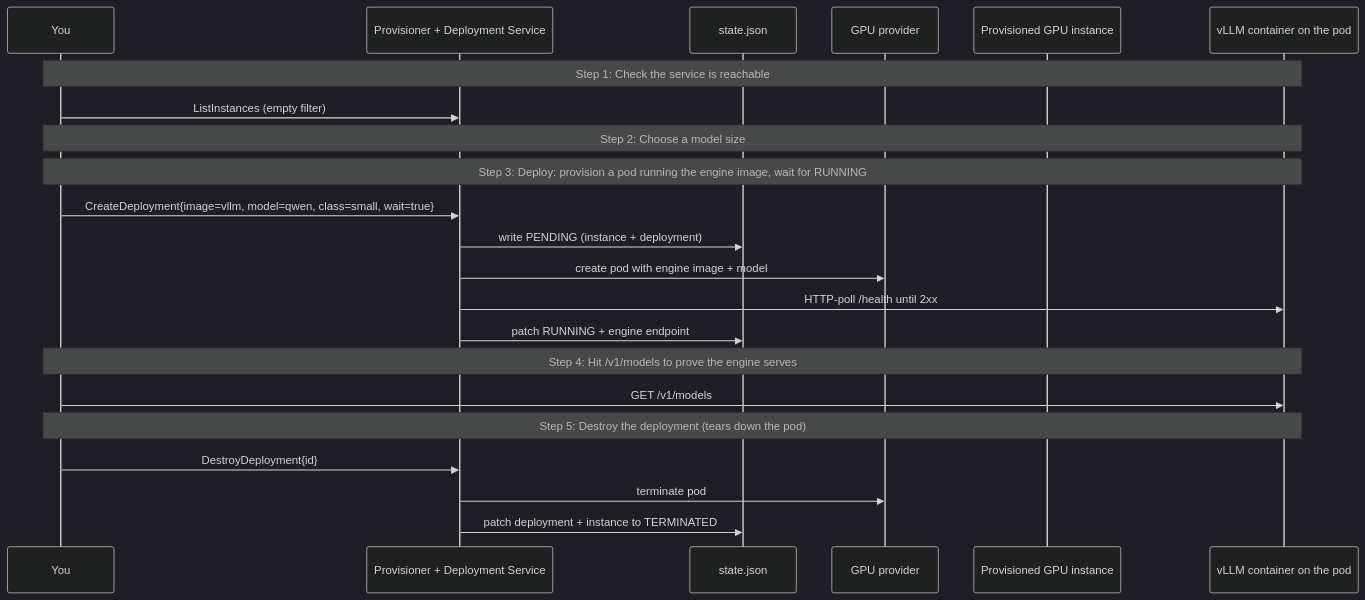
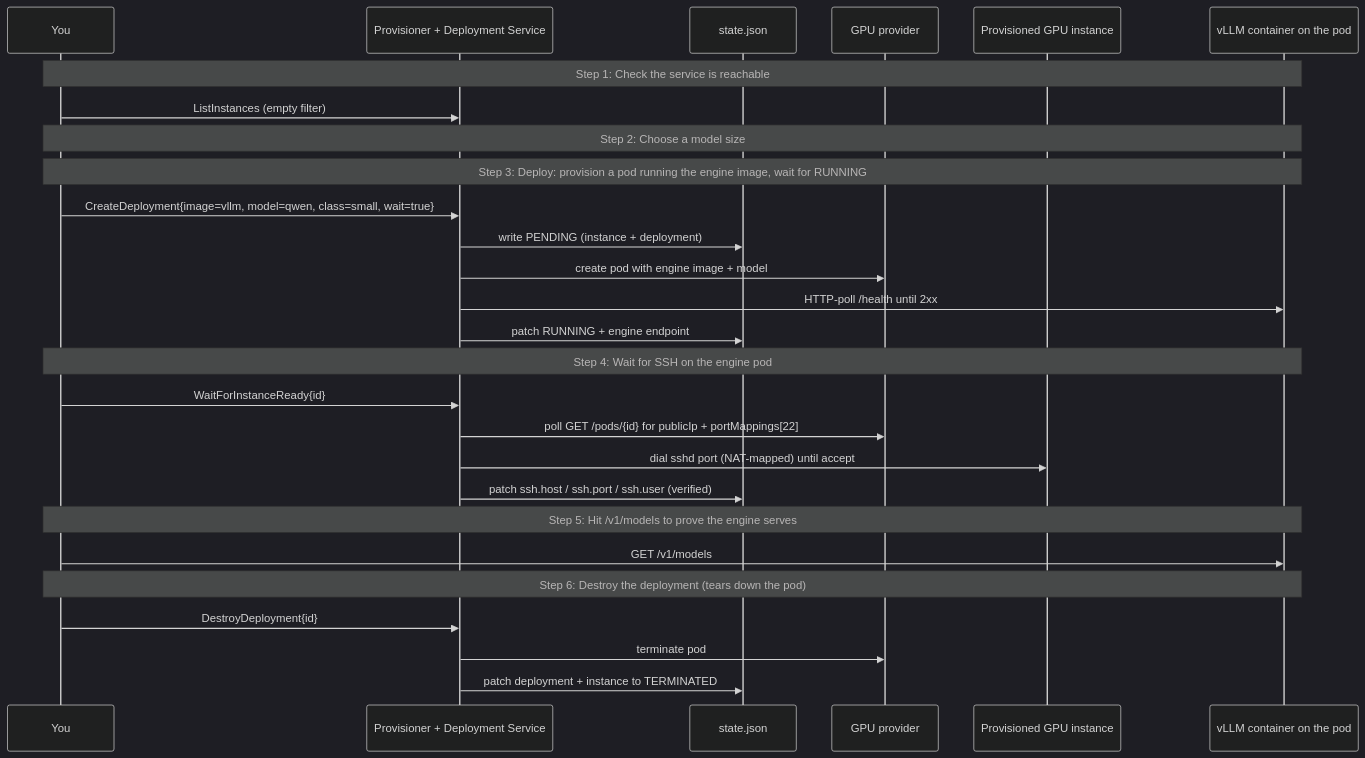
The diagram in examples/provisioning/03-deploy-end-to-end/RUN.md (inference-book/inference-plane), drawn with Mermaid (dark theme) before and after one commit. The commit also changed other lines of this file and 2 other files, not shown here.

First line of the commit message:
feat(demo): wait-ssh as a separate step after deploy

````diff
--- a/examples/provisioning/03-deploy-end-to-end/RUN.md
+++ b/examples/provisioning/03-deploy-end-to-end/RUN.md
@@ -15,29 +16,35 @@
 ```mermaid
 sequenceDiagram
     participant Operator as You
     participant iplane as Provisioner + Deployment Service
     participant State as state.json
     participant RunPod as GPU provider
     participant Pod as Provisioned GPU instance
     participant Engine as vLLM container on the pod
 
     Note over Operator,Engine: Step 1: Check the service is reachable
     Operator->>iplane: ListInstances (empty filter)
 
     Note over Operator,Engine: Step 2: Choose a model size
 
     Note over Operator,Engine: Step 3: Deploy: provision a pod running the engine image, wait for RUNNING
     Operator->>iplane: CreateDeployment{image=vllm, model=qwen, class=small, wait=true}
     iplane->>State: write PENDING (instance + deployment)
     iplane->>RunPod: create pod with engine image + model
     iplane->>Engine: HTTP-poll /health until 2xx
     iplane->>State: patch RUNNING + engine endpoint
 
-    Note over Operator,Engine: Step 4: Hit /v1/models to prove the engine serves
+    Note over Operator,Engine: Step 4: Wait for SSH on the engine pod
+    Operator->>iplane: WaitForInstanceReady{id}
+    iplane->>RunPod: poll GET /pods/{id} for publicIp + portMappings[22]
+    iplane->>Pod: dial sshd port (NAT-mapped) until accept
+    iplane->>State: patch ssh.host / ssh.port / ssh.user (verified)
+
+    Note over Operator,Engine: Step 5: Hit /v1/models to prove the engine serves
     Operator->>Engine: GET /v1/models
 
-    Note over Operator,Engine: Step 5: Destroy the deployment (tears down the pod)
+    Note over Operator,Engine: Step 6: Destroy the deployment (tears down the pod)
     Operator->>iplane: DestroyDeployment{id}
     iplane->>RunPod: terminate pod
     iplane->>State: patch deployment + instance to TERMINATED
 ```
````
